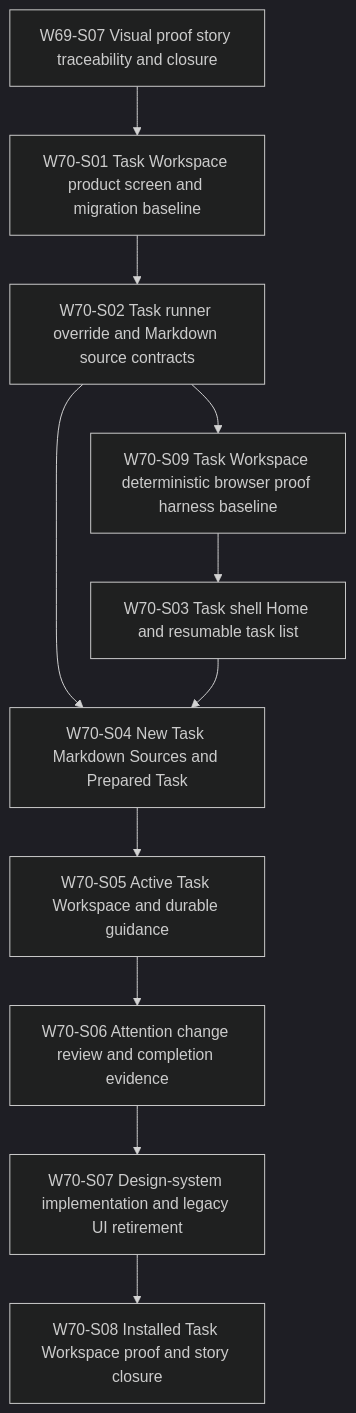
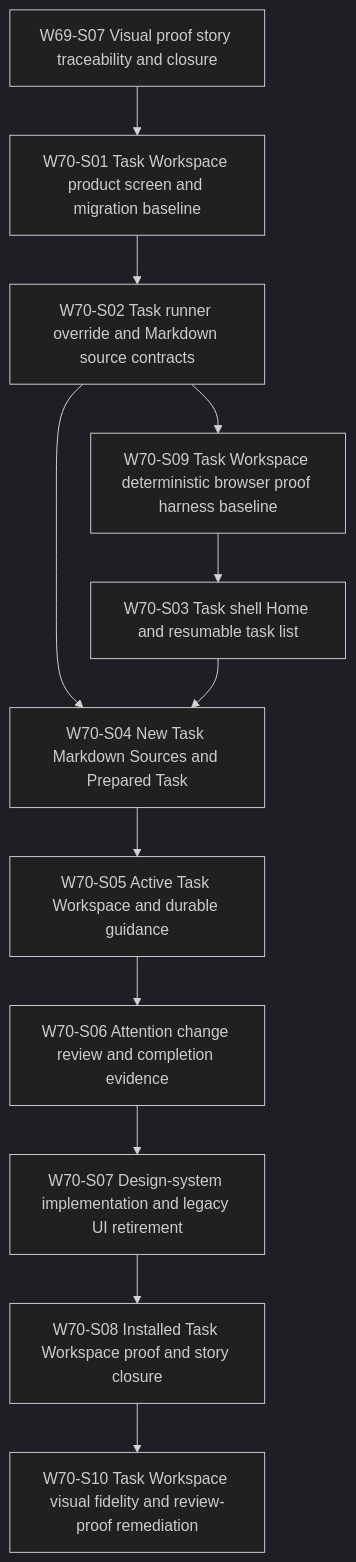
One commit to GrinRus/ai_native_sdlc_orchestrator changed the sixth of 6 diagrams in docs/backlog/slice-dependency-graph.md. Above: the diagram before and after it, drawn with Mermaid (dark theme). The commit also changed other lines of this file and 38 other files, not shown here.

Commit message:
feat(web): close W70 task workspace review QA

````diff
--- a/docs/backlog/slice-dependency-graph.md
+++ b/docs/backlog/slice-dependency-graph.md
@@ -2039,13 +2042,14 @@
 ```mermaid
 graph TD
   W69S07[W69-S07 Visual proof story traceability and closure] --> W70S01[W70-S01 Task Workspace product screen and migration baseline]
   W70S01 --> W70S02[W70-S02 Task runner override and Markdown source contracts]
   W70S02 --> W70S09[W70-S09 Task Workspace deterministic browser proof harness baseline]
   W70S09 --> W70S03[W70-S03 Task shell Home and resumable task list]
   W70S02 --> W70S04[W70-S04 New Task Markdown Sources and Prepared Task]
   W70S03 --> W70S04
   W70S04 --> W70S05[W70-S05 Active Task Workspace and durable guidance]
   W70S05 --> W70S06[W70-S06 Attention change review and completion evidence]
   W70S06 --> W70S07[W70-S07 Design-system implementation and legacy UI retirement]
   W70S07 --> W70S08[W70-S08 Installed Task Workspace proof and story closure]
+  W70S08 --> W70S10[W70-S10 Task Workspace visual fidelity and review-proof remediation]
 ```
````
